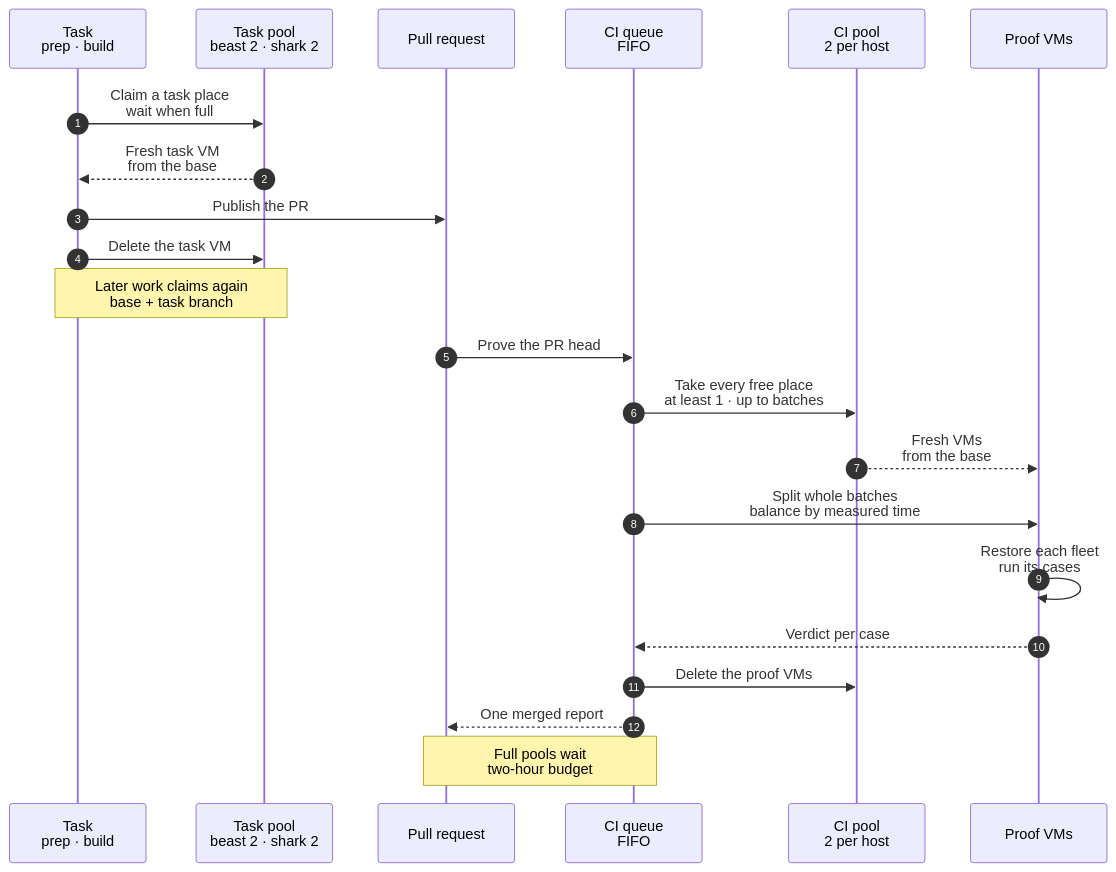
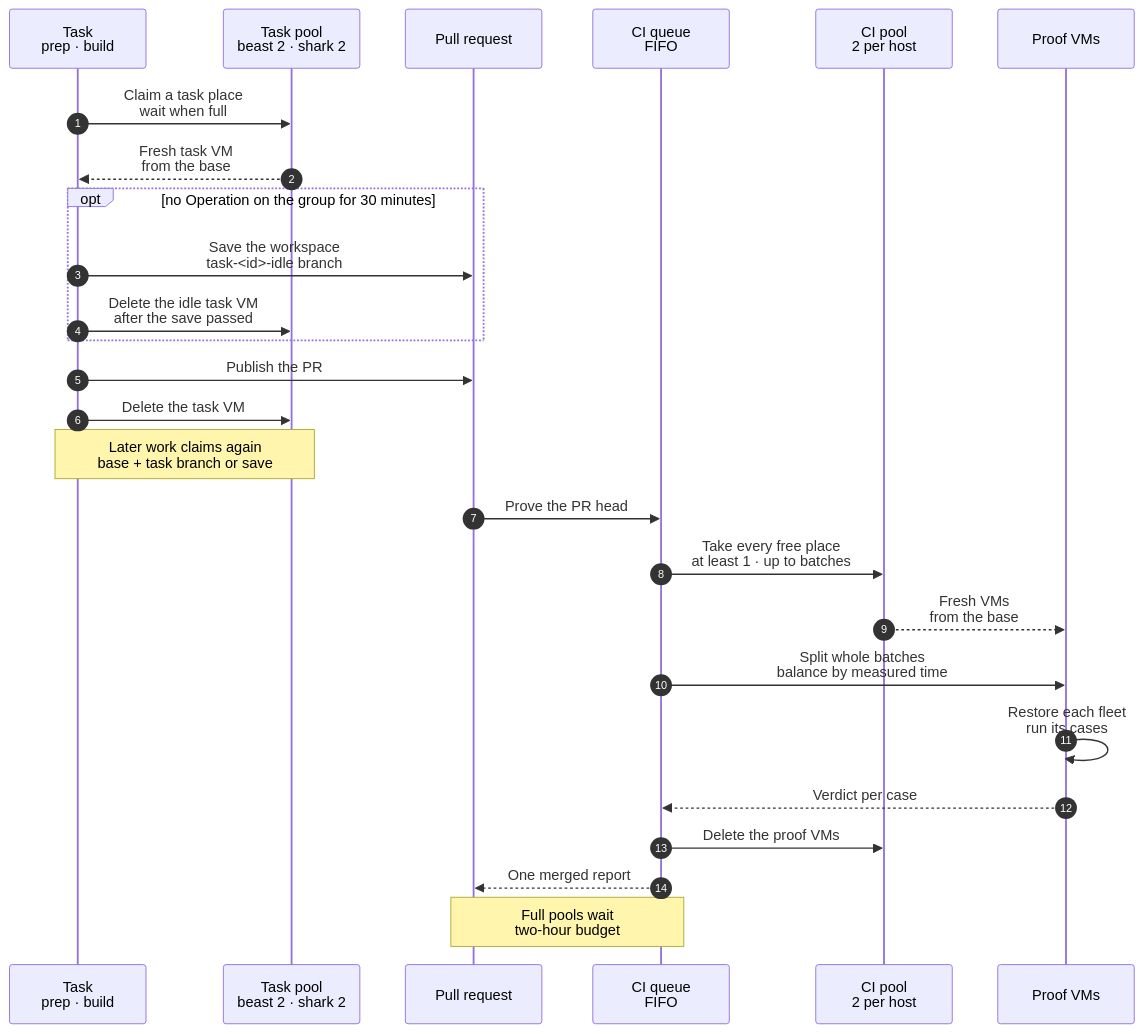
The diagram in docs/reference/pipeline/capacity-model.mmd (hardimpactdev/orbit), drawn with Mermaid before and after one commit. The commit also changed 38 other files, not shown here.

First line of the commit message:
fix(tasks): save an idle task workspace to origin, then release its VM (#3288)

```diff
--- a/docs/reference/pipeline/capacity-model.mmd
+++ b/docs/reference/pipeline/capacity-model.mmd
@@ -1,24 +1,28 @@
 sequenceDiagram
-  %% status: reviewed
+  %% status: draft
   %% kind: pipeline.capacity
   autonumber
   participant T as Task<br/>prep · build
   participant TP as Task pool<br/>beast 2 · shark 2
   participant PR as Pull request
   participant Q as CI queue<br/>FIFO
   participant CP as CI pool<br/>2 per host
   participant VM as Proof VMs
   T->>TP: Claim a task place<br/>wait when full
   TP-->>T: Fresh task VM<br/>from the base
+  opt no Operation on the group for 30 minutes
+    T->>PR: Save the workspace<br/>task-<id>-idle branch
+    T->>TP: Delete the idle task VM<br/>after the save passed
+  end
   T->>PR: Publish the PR
   T->>TP: Delete the task VM
-  Note over T,TP: Later work claims again<br/>base + task branch
+  Note over T,TP: Later work claims again<br/>base + task branch or save
   PR->>Q: Prove the PR head
   Q->>CP: Take every free place<br/>at least 1 · up to batches
   CP-->>VM: Fresh VMs<br/>from the base
   Q->>VM: Split whole batches<br/>balance by measured time
   VM->>VM: Restore each fleet<br/>run its cases
   VM-->>Q: Verdict per case
   Q->>CP: Delete the proof VMs
   Q-->>PR: One merged report
   Note over Q,PR: Full pools wait<br/>two-hour budget
```
